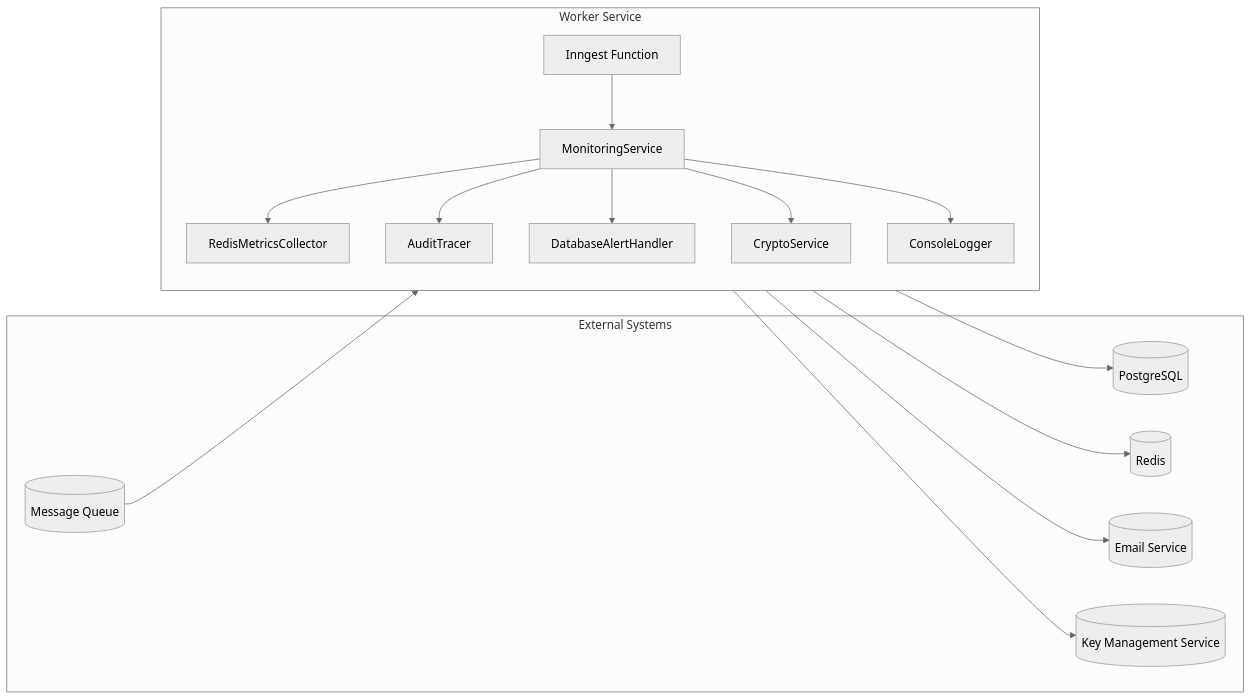
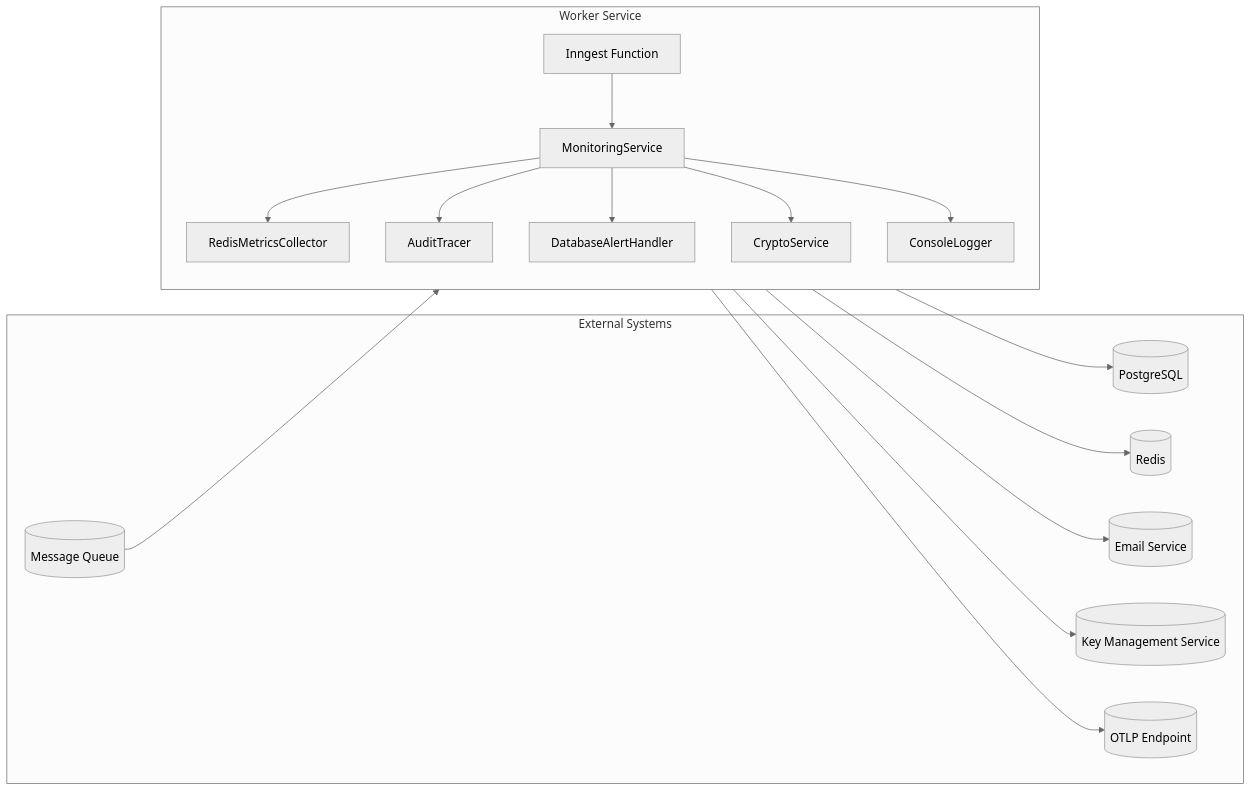
The second of 8 diagrams in .qoder/repowiki/en/content/Worker Service.md (smedrec/smart-logs), drawn with Mermaid (neutral theme) before and after one commit. The commit also changed other lines of this file and 21 other files, not shown here.

````diff
--- a/.qoder/repowiki/en/content/Worker Service.md
+++ b/.qoder/repowiki/en/content/Worker Service.md
@@ -110,31 +109,33 @@
 ```mermaid
 graph LR
 subgraph "External Systems"
 MQ[(Message Queue)]
 DB[(PostgreSQL)]
 Cache[(Redis)]
 SMTP[(Email Service)]
 KMS[(Key Management Service)]
+OTLP[(OTLP Endpoint)]
 end
 subgraph "Worker Service"
 direction TB
 Inngest[Inngest Function]
 Monitor[MonitoringService]
 Metrics[RedisMetricsCollector]
 Tracer[AuditTracer]
 Alerts[DatabaseAlertHandler]
 Crypto[CryptoService]
 Logger[ConsoleLogger]
 end
 MQ --> Inngest
 Inngest --> Monitor
 Monitor --> Metrics
 Monitor --> Tracer
 Monitor --> Alerts
 Monitor --> Crypto
 Monitor --> Logger
 Crypto --> KMS
 Alerts --> DB
 Metrics --> Cache
 Monitor --> SMTP
+Tracer --> OTLP
 ```
````
